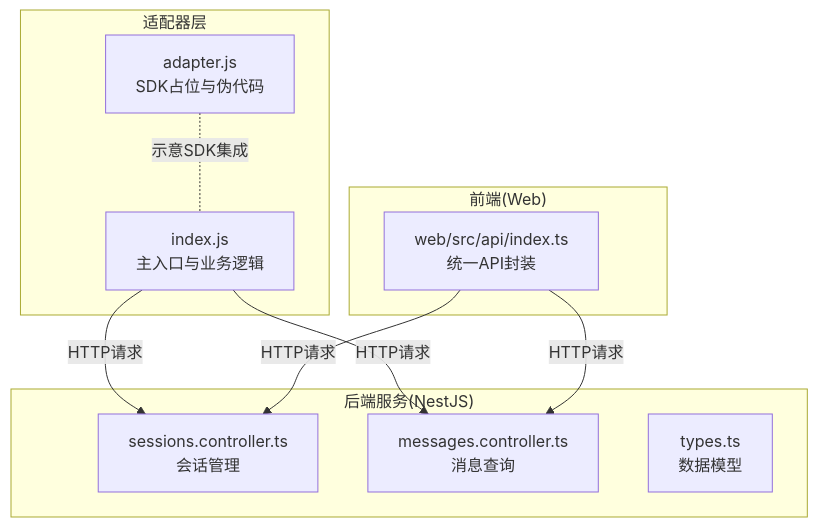
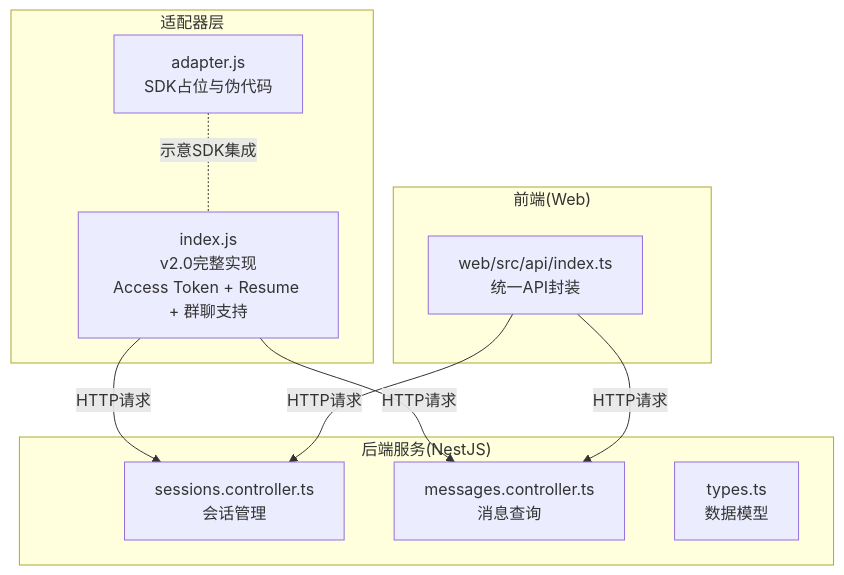
The first of 11 diagrams in .qoder/repowiki/zh/content/多平台适配器/QQ机器人适配器.md (L1mingyoung/ex), drawn with Mermaid before and after one commit. The commit also changed other lines of this file and 17 other files, not shown here.

````diff
--- a/.qoder/repowiki/zh/content/多平台适配器/QQ机器人适配器.md
+++ b/.qoder/repowiki/zh/content/多平台适配器/QQ机器人适配器.md
@@ -44,20 +49,20 @@
 ```mermaid
 graph TB
 subgraph "适配器层"
-IDX["index.js<br/>主入口与业务逻辑"]
+IDX["index.js<br/>v2.0完整实现<br/>Access Token + Resume + 群聊支持"]
 ADP["adapter.js<br/>SDK占位与伪代码"]
 end
 subgraph "后端服务(NestJS)"
 SESS_CTRL["sessions.controller.ts<br/>会话管理"]
 MSG_CTRL["messages.controller.ts<br/>消息查询"]
 TYPES["types.ts<br/>数据模型"]
 end
 subgraph "前端(Web)"
 WEB_API["web/src/api/index.ts<br/>统一API封装"]
 end
 IDX --> |"HTTP请求"| SESS_CTRL
 IDX --> |"HTTP请求"| MSG_CTRL
 WEB_API --> |"HTTP请求"| SESS_CTRL
 WEB_API --> |"HTTP请求"| MSG_CTRL
 ADP -. "示意SDK集成" .- IDX
 ```
````
